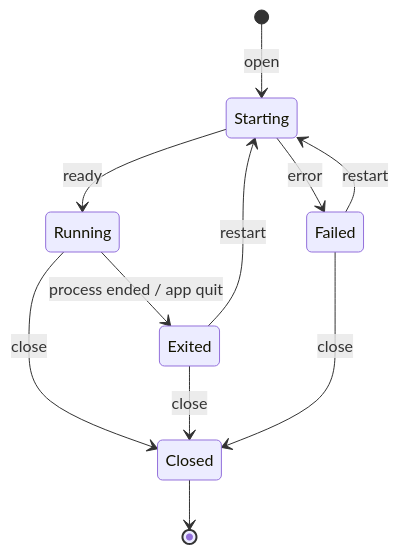
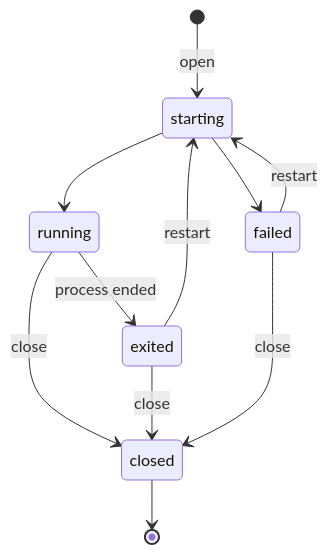
The third of 3 diagrams in docs/kmux-spec.md (tampopogk/kmux), drawn with Mermaid before and after one commit. The commit also changed other lines of this file, not shown here.

````diff
--- a/docs/kmux-spec.md
+++ b/docs/kmux-spec.md
@@ -144,13 +119,13 @@
 ```mermaid
 stateDiagram-v2
-    [*] --> Starting : open
-    Starting --> Running : ready
-    Starting --> Failed : error
-    Running --> Exited : process ended / app quit
-    Exited --> Starting : restart
-    Failed --> Starting : restart
-    Running --> Closed : close
-    Exited --> Closed : close
-    Failed --> Closed : close
-    Closed --> [*]
+    [*] --> starting : open
+    starting --> running
+    starting --> failed
+    running --> exited : process ended
+    exited --> starting : restart
+    failed --> starting : restart
+    running --> closed : close
+    exited --> closed : close
+    failed --> closed : close
+    closed --> [*]
 ```
````
